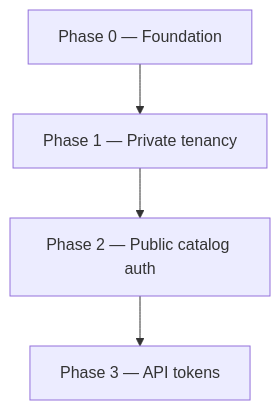
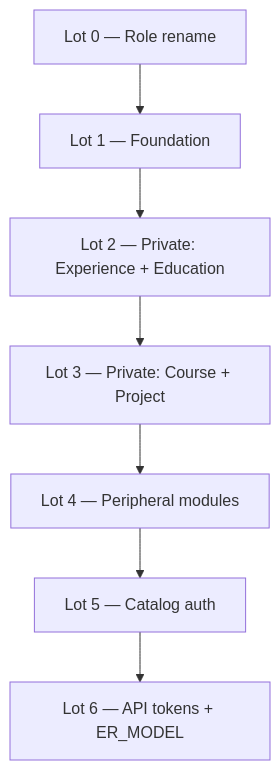
Before and after one commit to YaGRRusso/profile-info: the diagram in apps/api/docs/adr/001-multi-tenant-migration.md, drawn with Mermaid. The commit also changed other lines of this file and 1 other file, not shown here.

Commit message:
docs(api): enhance multi-tenant migration ADR with implementation lots and detailed guidelines for incremental development

````diff
--- a/apps/api/docs/adr/001-multi-tenant-migration.md
+++ b/apps/api/docs/adr/001-multi-tenant-migration.md
@@ -286,9 +301,12 @@
 ```mermaid
 flowchart TD
-    P0[Phase 0 — Foundation]
-    P1[Phase 1 — Private tenancy]
-    P2[Phase 2 — Public catalog auth]
-    P3[Phase 3 — API tokens]
+    L0[Lot 0 — Role rename]
+    L1[Lot 1 — Foundation]
+    L2[Lot 2 — Private: Experience + Education]
+    L3[Lot 3 — Private: Course + Project]
+    L4[Lot 4 — Peripheral modules]
+    L5[Lot 5 — Catalog auth]
+    L6[Lot 6 — API tokens + ER_MODEL]
 
-    P0 --> P1 --> P2 --> P3
+    L0 --> L1 --> L2 --> L3 --> L4 --> L5 --> L6
 ```
````
